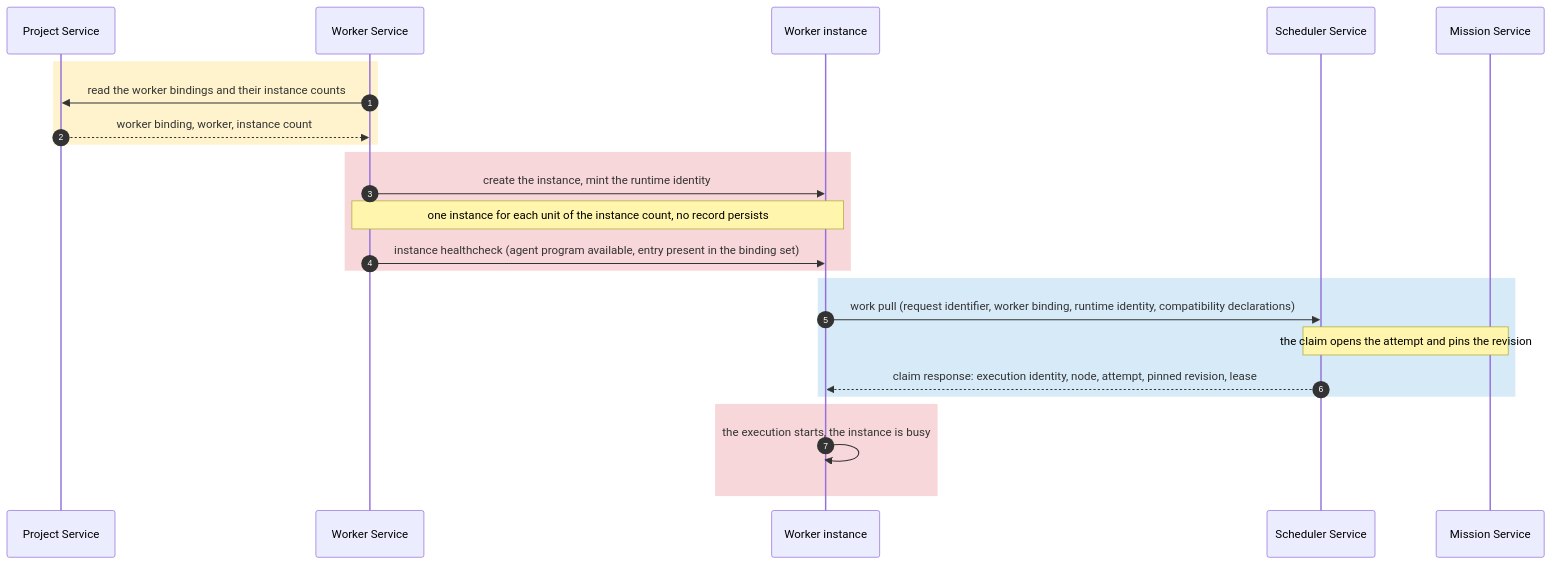
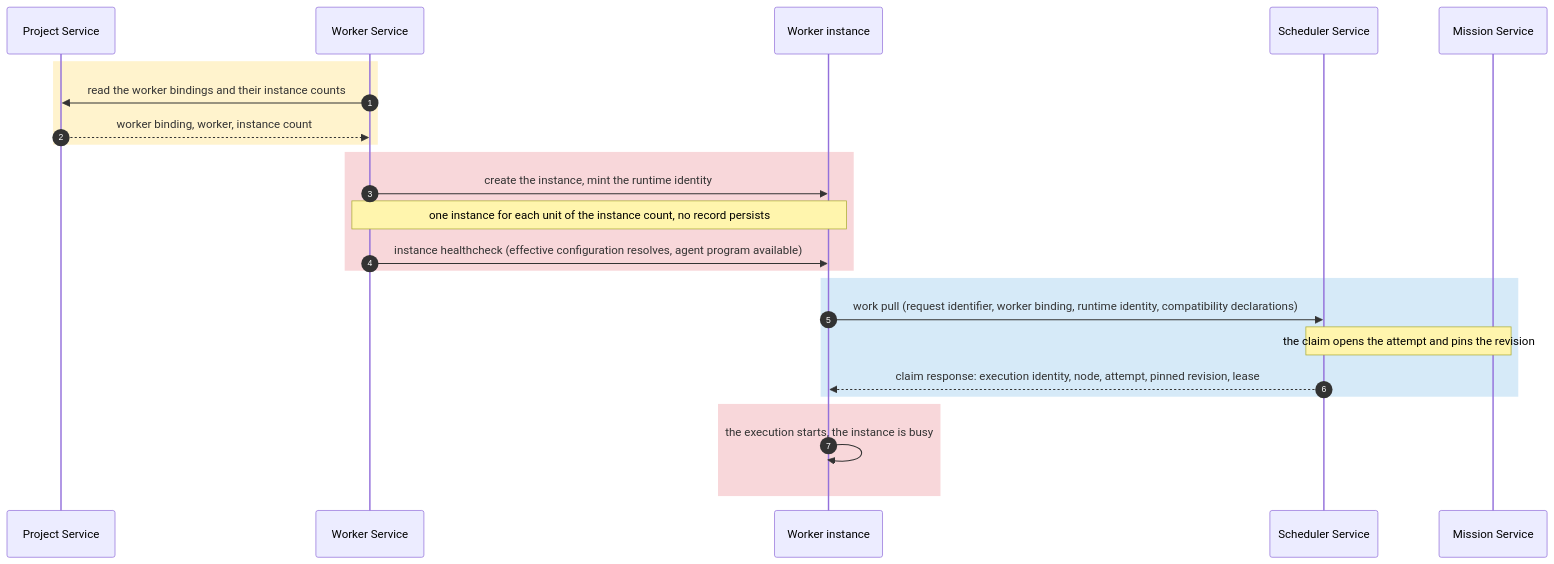
The first of 8 diagrams in docs/worker-service.md (kanthorlabs/kanthord), drawn with Mermaid before and after one commit. The commit also changed other lines of this file and 4 other files, not shown here.

Commit message:
docs: review the worker service, rule the commit policy, the hierarchical agent configuration and the base branch, and fold cannot-progress into B9

````diff
--- a/docs/worker-service.md
+++ b/docs/worker-service.md
@@ -89,27 +97,27 @@
 ```mermaid
 sequenceDiagram
     autonumber
     participant P as Project Service
     participant W as Worker Service
     participant I as Worker instance
     participant S as Scheduler Service
     participant M as Mission Service
 
     rect rgb(255, 243, 205)
         W->>P: read the worker bindings and their instance counts
         P-->>W: worker binding, worker, instance count
     end
     rect rgb(248, 215, 218)
         W->>I: create the instance, mint the runtime identity
         Note over W,I: one instance for each unit of the instance count, no record persists
-        W->>I: instance healthcheck (agent program available, entry present in the binding set)
+        W->>I: instance healthcheck (effective configuration resolves, agent program available)
     end
     rect rgb(214, 234, 248)
         I->>S: work pull (request identifier, worker binding, runtime identity, compatibility declarations)
         Note over S,M: the claim opens the attempt and pins the revision
         S-->>I: claim response: execution identity, node, attempt, pinned revision, lease
     end
     rect rgb(248, 215, 218)
         I->>I: the execution starts, the instance is busy
     end
 ```
````
